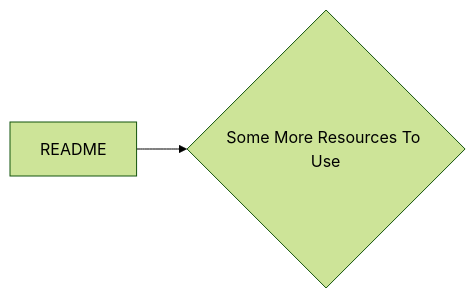
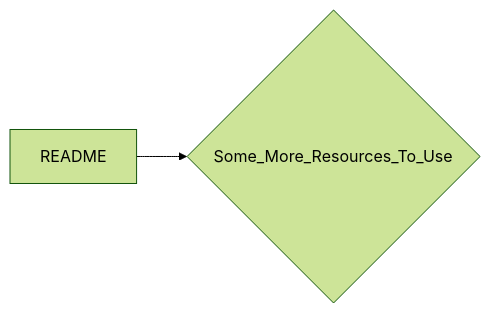
Before and after one commit to lpurdy01/crypto-knowledge-map: the diagram in notes/Some_More_Resources_To_Use.md, drawn with Mermaid (forest theme). The commit also changed 161 other files, not shown here.

````diff
--- a/notes/Some_More_Resources_To_Use.md
+++ b/notes/Some_More_Resources_To_Use.md
@@ -9,4 +9,4 @@
 ```mermaid
 graph LR
-1["README"]-->0{"Some More Resources To Use"}
+1["README"]-->0{"Some_More_Resources_To_Use"}
 ```
````
